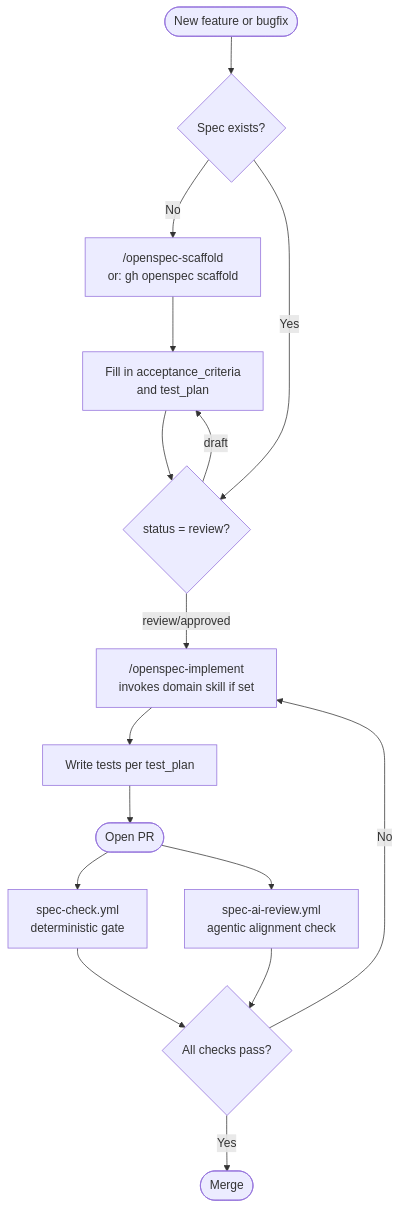
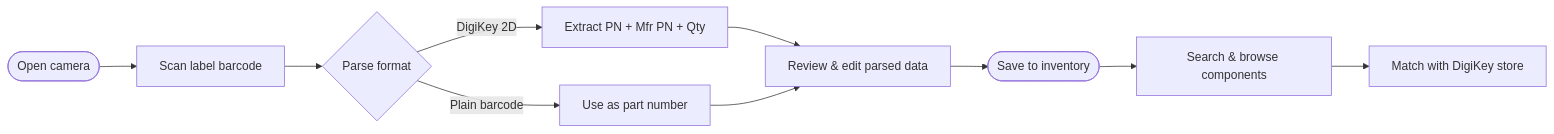
Before and after one commit to arananet/inv2digikey: the diagram in README.md, drawn with Mermaid. The commit also changed other lines of this file and 23 other files, not shown here.

First line of the commit message:
feat: initialize OpenSpec and implement QR/barcode scanner inventory app

````diff
--- a/README.md
+++ b/README.md
@@ -28,18 +23,12 @@
 ```mermaid
-flowchart TD
-    A([New feature or bugfix]) --> B{Spec exists?}
-    B -- No --> C["/openspec-scaffold\nor: gh openspec scaffold"]
-    C --> D[Fill in acceptance_criteria\nand test_plan]
-    D --> E{status = review?}
-    B -- Yes --> E
-    E -- draft --> D
-    E -- review/approved --> F["/openspec-implement\ninvokes domain skill if set"]
-    F --> G[Write tests per test_plan]
-    G --> H([Open PR])
-    H --> I[spec-check.yml\ndeterministic gate]
-    H --> J[spec-ai-review.yml\nagentic alignment check]
-    I --> K{All checks pass?}
-    J --> K
-    K -- No --> F
-    K -- Yes --> L([Merge])
+flowchart LR
+    A([Open camera]) --> B[Scan label barcode]
+    B --> C{Parse format}
+    C -->|DigiKey 2D| D[Extract PN + Mfr PN + Qty]
+    C -->|Plain barcode| E[Use as part number]
+    D --> F[Review & edit parsed data]
+    E --> F
+    F --> G([Save to inventory])
+    G --> H[Search & browse components]
+    H --> I[Match with DigiKey store]
 ```
````
